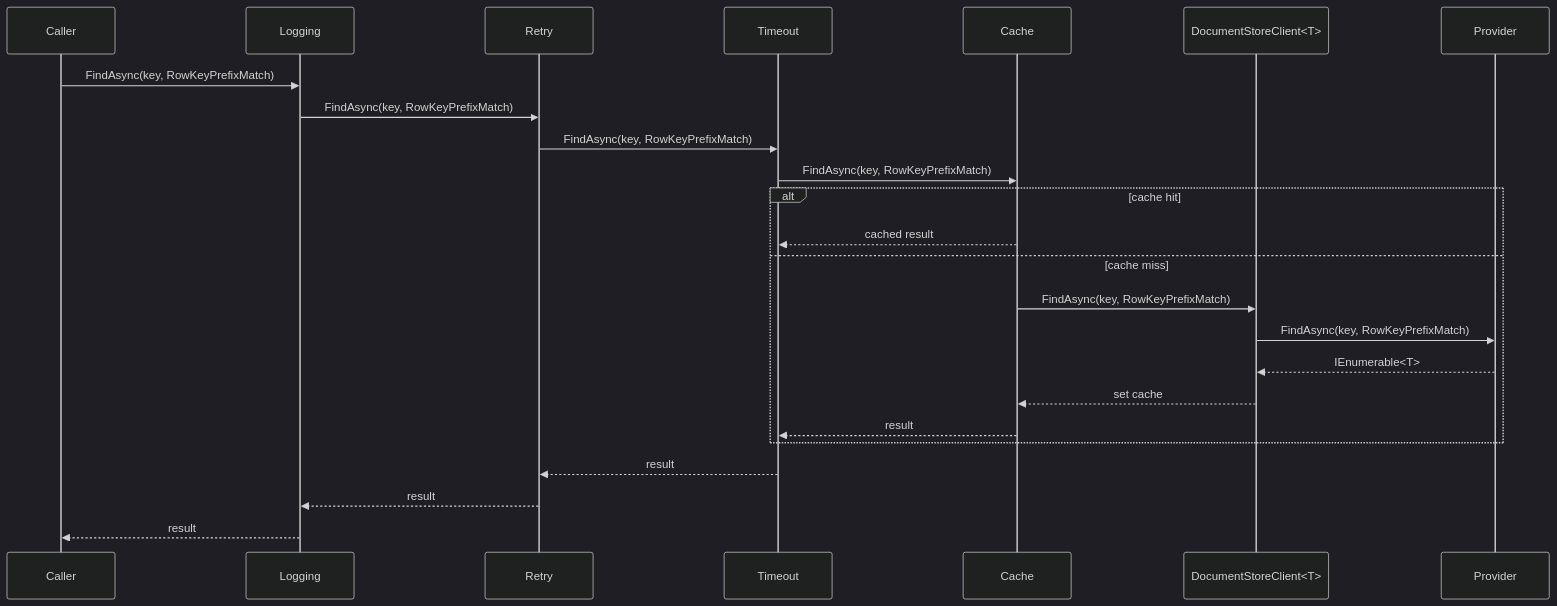
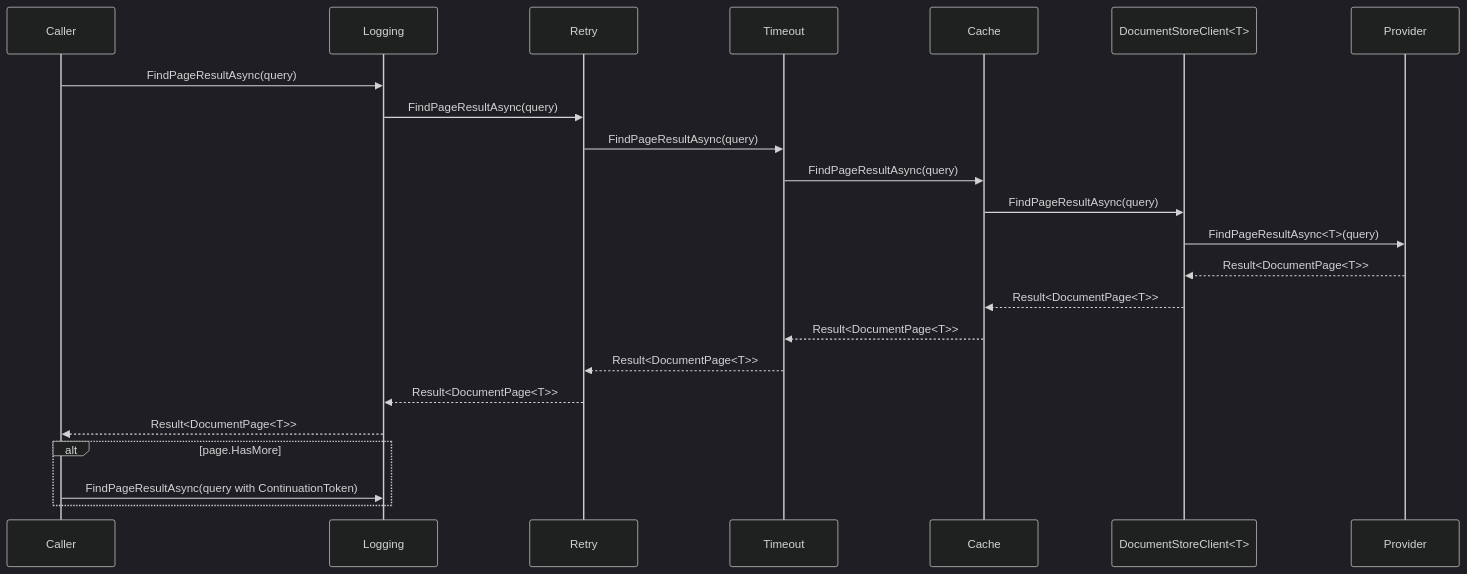
One commit to BridgingIT-GmbH/bITdevKit changed the second of 3 diagrams in docs/features-storage-documents.md. Above: the diagram before and after it, drawn with Mermaid (dark theme). The commit also changed other lines of this file and 106 other files, not shown here.

First line of the commit message:
Refactor document storage paging and query pipeline (#25)

````diff
--- a/docs/features-storage-documents.md
+++ b/docs/features-storage-documents.md
@@ -78,27 +101,26 @@
 ```mermaid
 sequenceDiagram
   participant Caller
   participant Logging
   participant Retry
   participant Timeout
   participant Cache
   participant Client as DocumentStoreClient<T>
   participant Provider
 
-  Caller->>Logging: FindAsync(key, RowKeyPrefixMatch)
-  Logging->>Retry: FindAsync(key, RowKeyPrefixMatch)
-  Retry->>Timeout: FindAsync(key, RowKeyPrefixMatch)
-  Timeout->>Cache: FindAsync(key, RowKeyPrefixMatch)
-  alt cache hit
-    Cache-->>Timeout: cached result
-  else cache miss
-    Cache->>Client: FindAsync(key, RowKeyPrefixMatch)
-    Client->>Provider: FindAsync(key, RowKeyPrefixMatch)
-    Provider-->>Client: IEnumerable<T>
-    Client-->>Cache: set cache
-    Cache-->>Timeout: result
+  Caller->>Logging: FindPageResultAsync(query)
+  Logging->>Retry: FindPageResultAsync(query)
+  Retry->>Timeout: FindPageResultAsync(query)
+  Timeout->>Cache: FindPageResultAsync(query)
+  Cache->>Client: FindPageResultAsync(query)
+  Client->>Provider: FindPageResultAsync<T>(query)
+  Provider-->>Client: Result<DocumentPage<T>>
+  Client-->>Cache: Result<DocumentPage<T>>
+  Cache-->>Timeout: Result<DocumentPage<T>>
+  Timeout-->>Retry: Result<DocumentPage<T>>
+  Retry-->>Logging: Result<DocumentPage<T>>
+  Logging-->>Caller: Result<DocumentPage<T>>
+  alt page.HasMore
+    Caller->>Logging: FindPageResultAsync(query with ContinuationToken)
   end
-  Timeout-->>Retry: result
-  Retry-->>Logging: result
-  Logging-->>Caller: result
 ```
````
